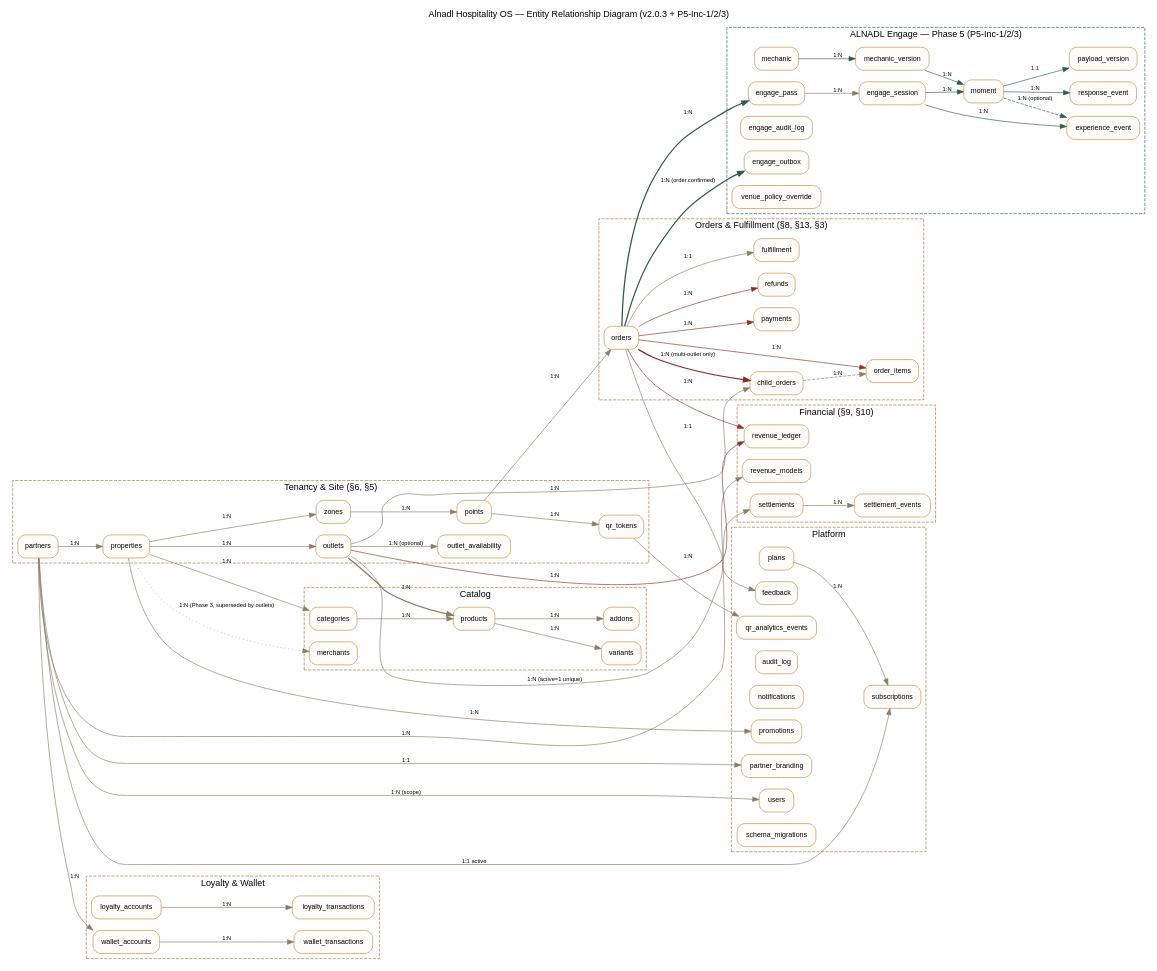
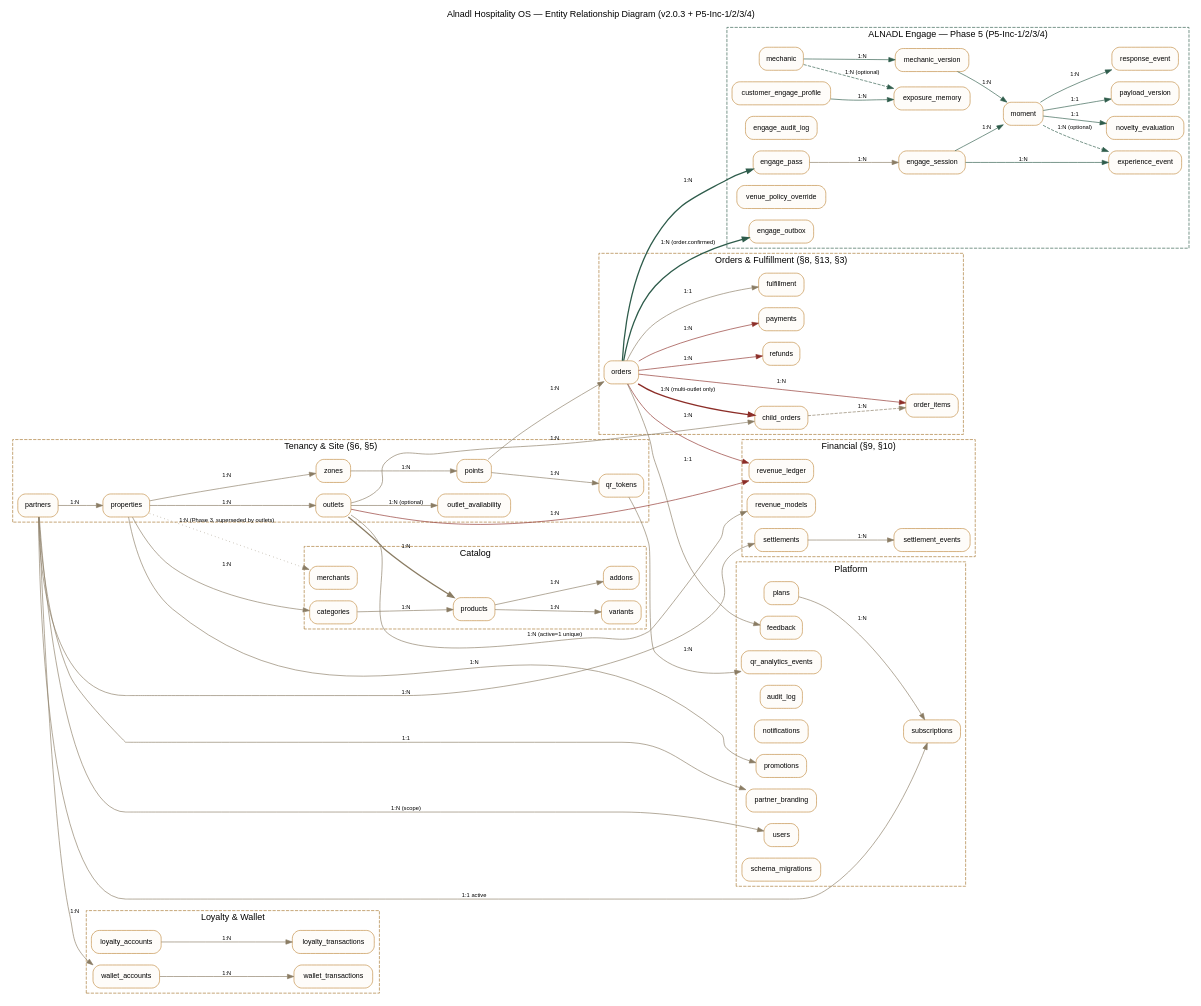
The diagram in docs/erd.dot (owaidh/alnadl-os), drawn with Graphviz before and after one commit. The commit also changed 12 other files, not shown here.

```diff
--- a/docs/erd.dot
+++ b/docs/erd.dot
@@ -1,96 +1,101 @@
 // docs/erd.dot — Entity Relationship Diagram (Q15).
 // Generated by hand from db.js's actual CREATE TABLE statements, grouped
 // into logical clusters for readability. Regenerate the PNG with:
 //   dot -Tpng docs/erd.dot -o docs/erd.png
 digraph ERD {
   rankdir=LR;
   node [shape=box, style="rounded,filled", fillcolor="#FEFCF9", color="#C08A3E", fontname="Helvetica", fontsize=11];
   edge [fontname="Helvetica", fontsize=9, color="#8A7C63"];
-  graph [fontname="Helvetica", fontsize=14, labelloc=t, label="Alnadl Hospitality OS — Entity Relationship Diagram (v2.0.3 + P5-Inc-1/2/3)"];
+  graph [fontname="Helvetica", fontsize=14, labelloc=t, label="Alnadl Hospitality OS — Entity Relationship Diagram (v2.0.3 + P5-Inc-1/2/3/4)"];
 
   subgraph cluster_tenancy {
     label="Tenancy & Site (§6, §5)"; style=dashed; color="#A6752F";
     partners; properties; zones; points; qr_tokens; outlets; outlet_availability;
   }
   subgraph cluster_catalog {
     label="Catalog"; style=dashed; color="#A6752F";
     categories; products; variants; addons; merchants;
   }
   subgraph cluster_orders {
     label="Orders & Fulfillment (§8, §13, §3)"; style=dashed; color="#A6752F";
     orders; order_items; child_orders; payments; refunds; fulfillment;
   }
   subgraph cluster_financial {
     label="Financial (§9, §10)"; style=dashed; color="#A6752F";
     revenue_models; revenue_ledger; settlements; settlement_events;
   }
   subgraph cluster_loyalty {
     label="Loyalty & Wallet"; style=dashed; color="#A6752F";
     loyalty_accounts; loyalty_transactions; wallet_accounts; wallet_transactions;
   }
   subgraph cluster_engage {
-    label="ALNADL Engage — Phase 5 (P5-Inc-1/2/3)"; style=dashed; color="#2E5C4B";
+    label="ALNADL Engage — Phase 5 (P5-Inc-1/2/3/4)"; style=dashed; color="#2E5C4B";
     engage_pass; engage_session; engage_outbox; engage_audit_log;
     mechanic; mechanic_version; moment; payload_version; venue_policy_override;
     experience_event; response_event;
+    customer_engage_profile; exposure_memory; novelty_evaluation;
   }
 
   subgraph cluster_platform {
     label="Platform"; style=dashed; color="#A6752F";
     plans; subscriptions; partner_branding; users; audit_log; notifications;
     promotions; feedback; qr_analytics_events; schema_migrations;
   }
+
+  customer_engage_profile -> exposure_memory [label="1:N", color="#2E5C4B"];
+  mechanic -> exposure_memory [label="1:N (optional)", color="#2E5C4B", style=dashed];
+  moment -> novelty_evaluation [label="1:1", color="#2E5C4B"];
 
   engage_session -> experience_event [label="1:N", color="#2E5C4B"];
   moment -> experience_event [label="1:N (optional)", color="#2E5C4B", style=dashed];
   moment -> response_event [label="1:N", color="#2E5C4B"];
 
   engage_session -> moment [label="1:N", color="#2E5C4B"];
   moment -> payload_version [label="1:1", color="#2E5C4B"];
   mechanic -> mechanic_version [label="1:N", color="#2E5C4B"];
   mechanic_version -> moment [label="1:N", color="#2E5C4B"];
 
   orders -> engage_outbox [label="1:N (order.confirmed)", color="#2E5C4B", style=bold];
   orders -> engage_pass [label="1:N", color="#2E5C4B", style=bold];
   engage_pass -> engage_session [label="1:N"];
 
   partners -> properties [label="1:N"];
   properties -> zones [label="1:N"];
   zones -> points [label="1:N"];
   points -> qr_tokens [label="1:N"];
   properties -> outlets [label="1:N"];
   outlets -> outlet_availability [label="1:N (optional)"];
   properties -> categories [label="1:N"];
   categories -> products [label="1:N"];
   outlets -> products [label="1:N", style=bold];
   products -> variants [label="1:N"];
   products -> addons [label="1:N"];
   properties -> merchants [label="1:N (Phase 3, superseded by outlets)", style=dotted];
 
   points -> orders [label="1:N"];
   orders -> order_items [label="1:N", color="#8C2E28"];
   orders -> child_orders [label="1:N (multi-outlet only)", style=bold, color="#8C2E28"];
   child_orders -> order_items [label="1:N", style=dashed];
   outlets -> child_orders [label="1:N"];
   orders -> payments [label="1:N", color="#8C2E28"];
   orders -> refunds [label="1:N", color="#8C2E28"];
   orders -> fulfillment [label="1:1"];
 
   outlets -> revenue_models [label="1:N (active=1 unique)"];
   orders -> revenue_ledger [label="1:N", color="#8C2E28"];
   outlets -> revenue_ledger [label="1:N", color="#8C2E28"];
   partners -> settlements [label="1:N"];
   settlements -> settlement_events [label="1:N"];
 
   loyalty_accounts -> loyalty_transactions [label="1:N"];
   partners -> wallet_accounts [label="1:N"];
   wallet_accounts -> wallet_transactions [label="1:N"];
 
   plans -> subscriptions [label="1:N"];
   partners -> subscriptions [label="1:1 active"];
   partners -> partner_branding [label="1:1"];
   partners -> users [label="1:N (scope)"];
   qr_tokens -> qr_analytics_events [label="1:N"];
   properties -> promotions [label="1:N"];
   orders -> feedback [label="1:1"];
 }
```
